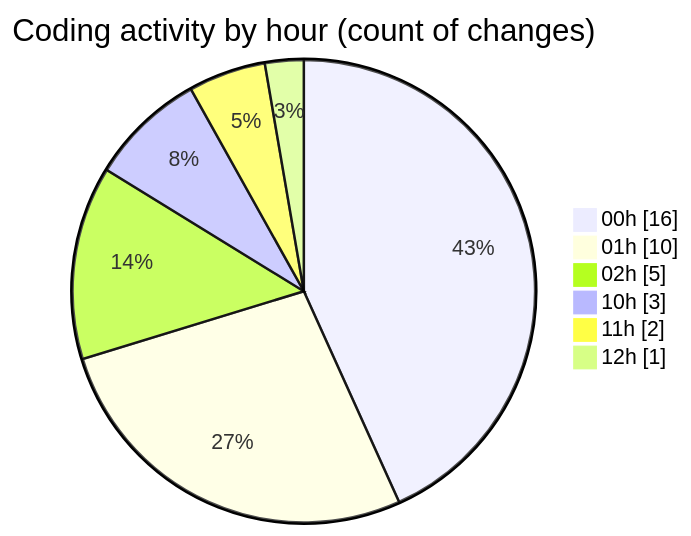
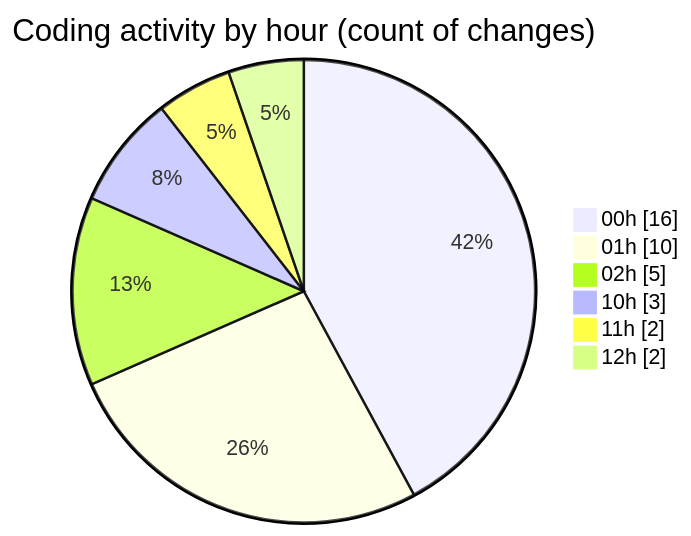
One commit to donsfak/code-tracking changed the second of 2 diagrams in 2025-11-01/weather_insights_app/README.md. Above: the diagram before and after it, drawn with Mermaid. The commit also changed other lines of this file and 1 other file, not shown here.

````diff
--- a/2025-11-01/weather_insights_app/README.md
+++ b/2025-11-01/weather_insights_app/README.md
@@ -40,10 +42,10 @@
 ```mermaid
 pie showData
 title Coding activity by hour (count of changes)
 "00h" : 16
 "01h" : 10
 "02h" : 5
 "10h" : 3
 "11h" : 2
-"12h" : 1
+"12h" : 2
 ```
````
